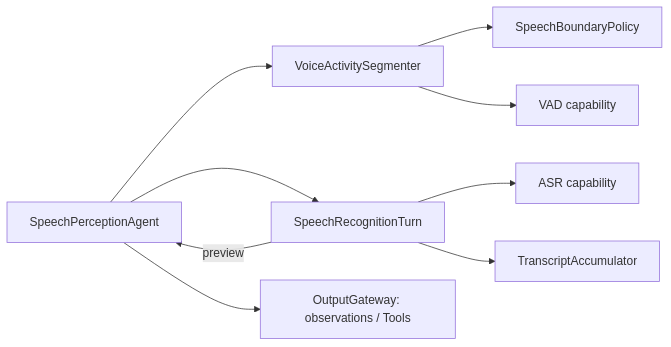
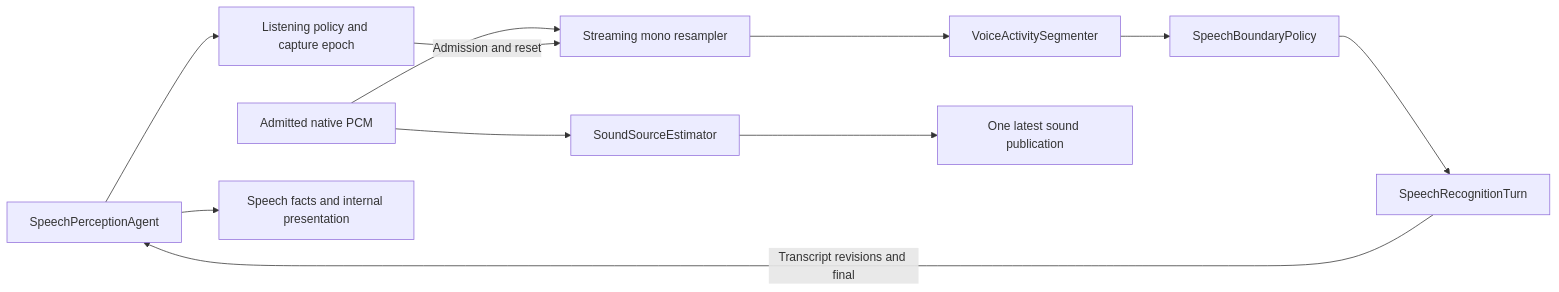
The second of 2 diagrams in MobileHarness/Agents/SpeechPerception/README.md (devilyouwei/MobileHarness), drawn with Mermaid before and after one commit. The commit also changed other lines of this file and 116 other files, not shown here.

````diff
--- a/MobileHarness/Agents/SpeechPerception/README.md
+++ b/MobileHarness/Agents/SpeechPerception/README.md
@@ -156,11 +26,13 @@
 ```mermaid
 flowchart LR
-    Agent[SpeechPerceptionAgent] --> Segmenter[VoiceActivitySegmenter]
-    Segmenter --> Boundary[SpeechBoundaryPolicy]
-    Segmenter --> VAD[VAD capability]
-    Agent --> Recognition[SpeechRecognitionTurn]
-    Recognition --> ASR[ASR capability]
-    Recognition --> Text[TranscriptAccumulator]
-    Recognition -->|preview| Agent
-    Agent --> Gateway[OutputGateway: observations / Tools]
+ Agent[SpeechPerceptionAgent] --> Policy[Listening policy and capture epoch]
+ Audio[Admitted native PCM] --> Sound[SoundSourceEstimator]
+ Audio --> Resampler[Streaming mono resampler]
+ Resampler --> Segmenter[VoiceActivitySegmenter]
+ Segmenter --> Boundary[SpeechBoundaryPolicy]
+ Boundary --> Turn[SpeechRecognitionTurn]
+ Turn -->|Transcript revisions and final| Agent
+ Sound --> Publisher[One latest sound publication]
+ Policy -->|Admission and reset| Resampler
+ Agent --> Output[Speech facts and internal presentation]
 ```
````
